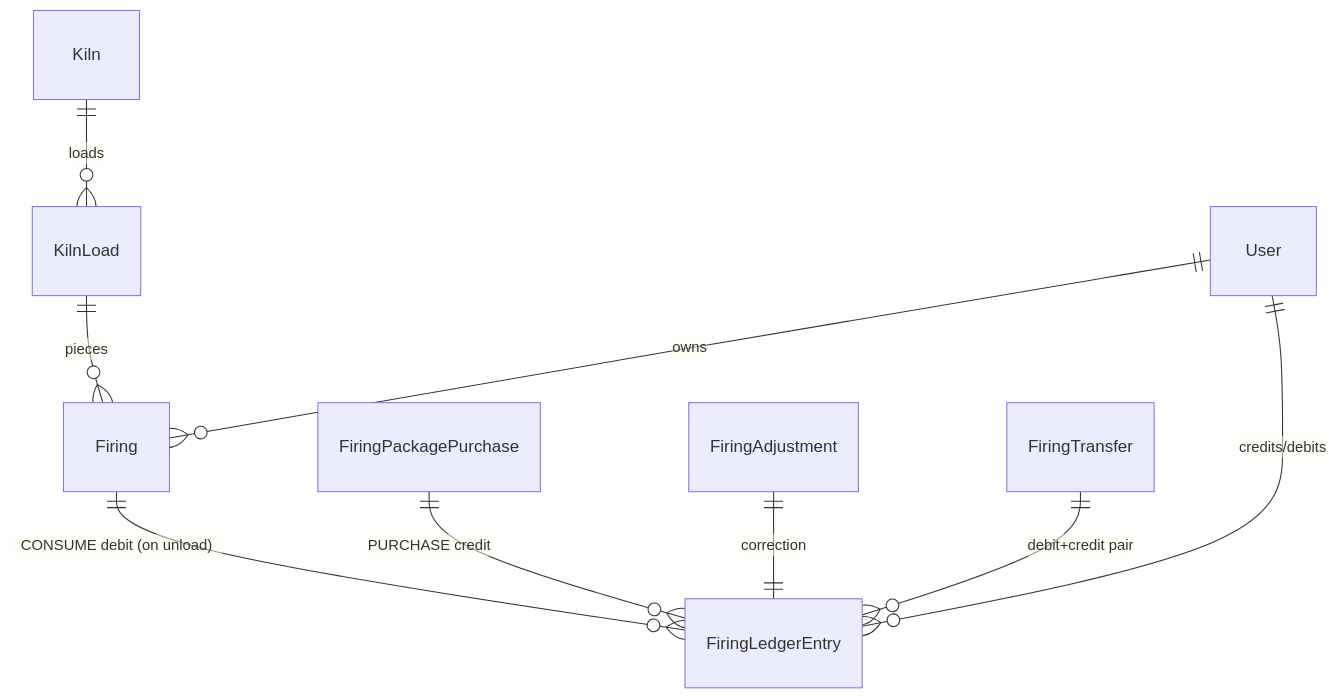
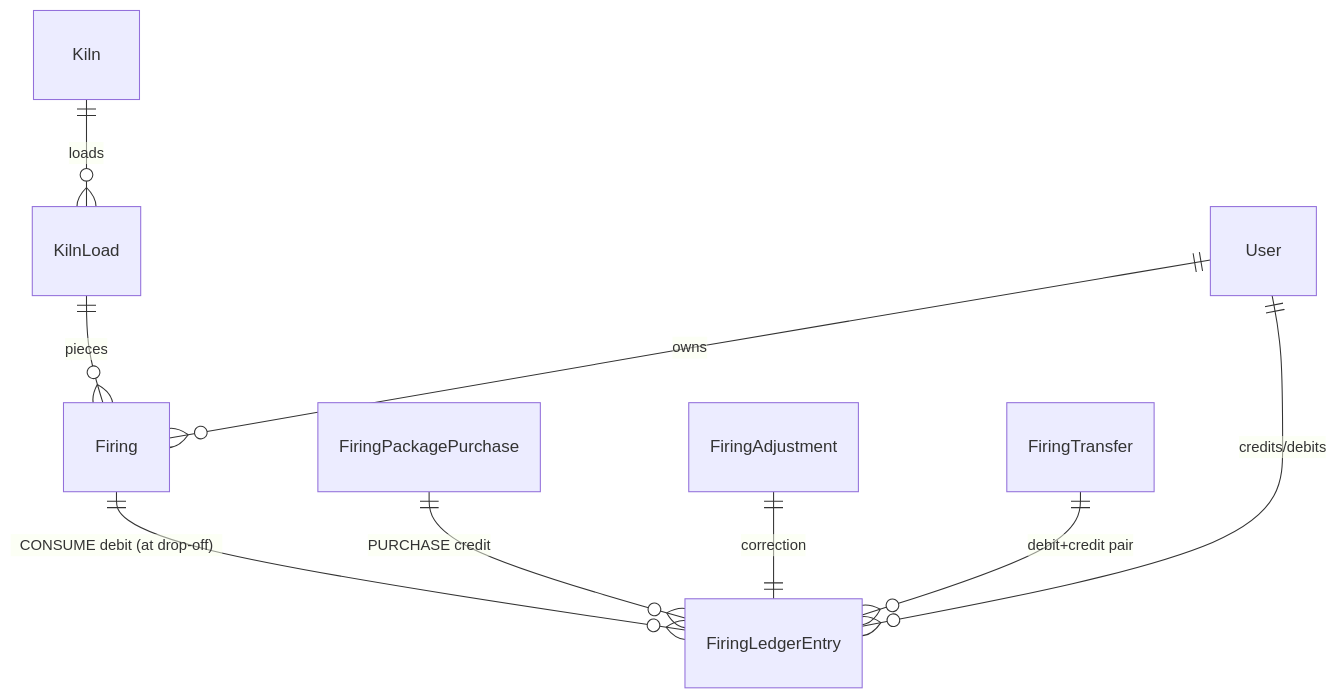
One commit to TitaniaAnn/makerhearth-architecture changed the fourth of 4 diagrams in docs/12-data-model.md. Above: the diagram before and after it, drawn with Mermaid. The commit also changed 16 other files, not shown here.

First line of the commit message:
Mirror firing charge-at-drop-off into the architecture reference

````diff
--- a/docs/12-data-model.md
+++ b/docs/12-data-model.md
@@ -131,11 +131,11 @@
 ```mermaid
 erDiagram
     Kiln ||--o{ KilnLoad : loads
     KilnLoad ||--o{ Firing : pieces
     User ||--o{ Firing : owns
     User ||--o{ FiringLedgerEntry : "credits/debits"
     FiringPackagePurchase ||--o{ FiringLedgerEntry : "PURCHASE credit"
-    Firing ||--o{ FiringLedgerEntry : "CONSUME debit (on unload)"
+    Firing ||--o{ FiringLedgerEntry : "CONSUME debit (at drop-off)"
     FiringAdjustment ||--|| FiringLedgerEntry : correction
     FiringTransfer ||--o{ FiringLedgerEntry : "debit+credit pair"
 ```
````
